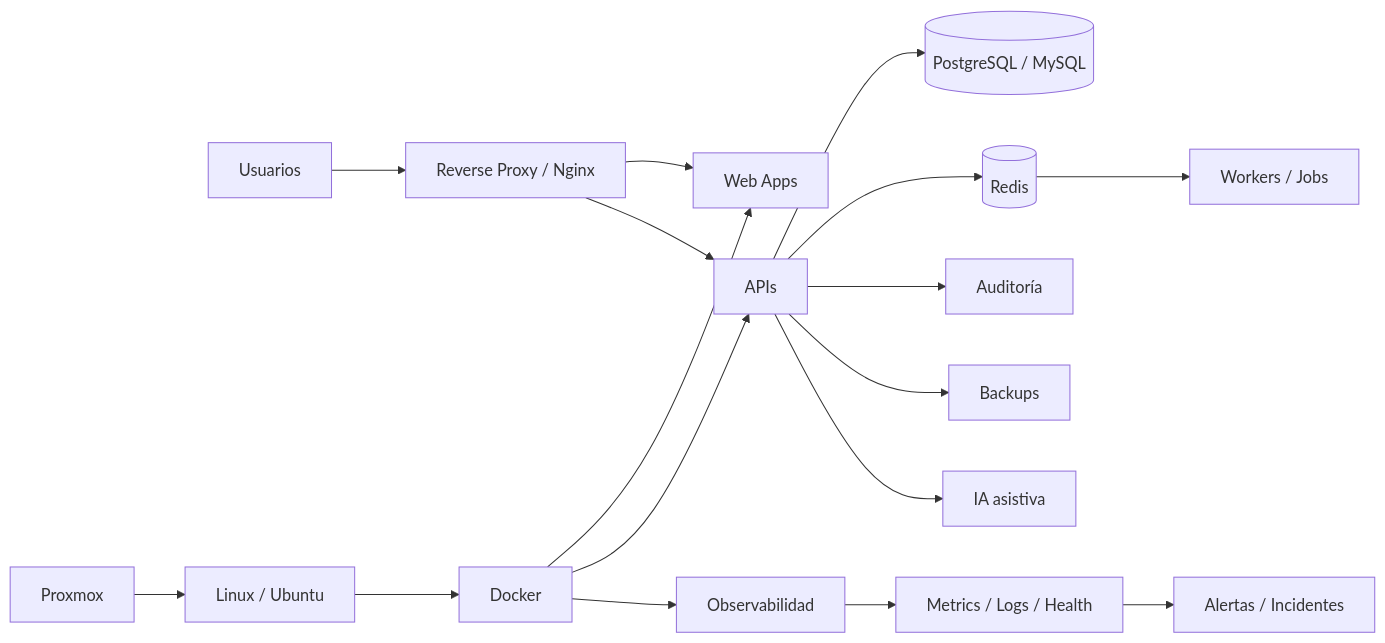
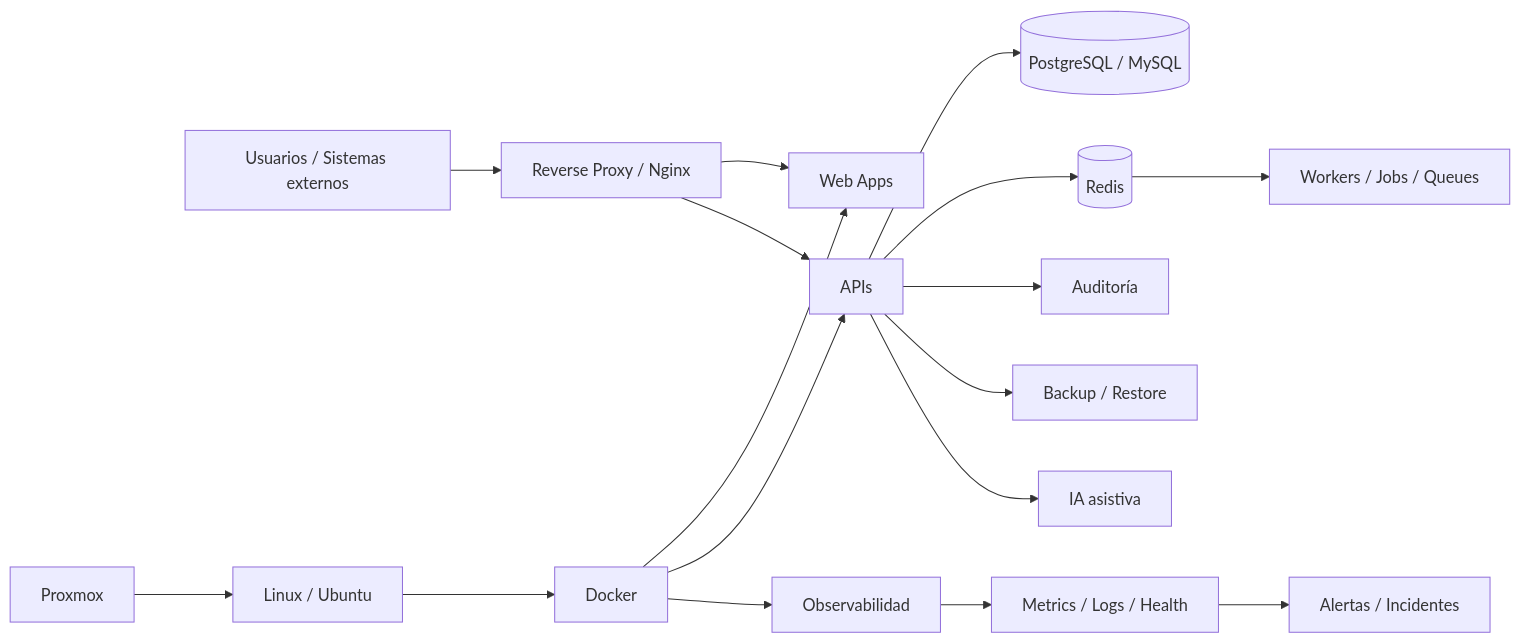
Before and after one commit to poto212/poto212: the diagram in README.md, drawn with Mermaid. The commit also changed other lines of this file, not shown here.

````diff
--- a/README.md
+++ b/README.md
@@ -251,23 +303,23 @@
 ```mermaid
 flowchart LR
-    U[Usuarios] --> RP[Reverse Proxy / Nginx]
+    U[Usuarios / Sistemas externos] --> RP[Reverse Proxy / Nginx]
     RP --> WEB[Web Apps]
     RP --> API[APIs]
 
     API --> DB[(PostgreSQL / MySQL)]
-    API --> R[(Redis)]
-    R --> W[Workers / Jobs]
+    API --> REDIS[(Redis)]
+    REDIS --> JOBS[Workers / Jobs / Queues]
 
     P[Proxmox] --> L[Linux / Ubuntu]
     L --> D[Docker]
     D --> WEB
     D --> API
     D --> OBS[Observabilidad]
 
-    OBS --> M[Metrics / Logs / Health]
-    M --> A[Alertas / Incidentes]
+    OBS --> MET[Metrics / Logs / Health]
+    MET --> ALT[Alertas / Incidentes]
 
     API --> AUD[Auditoría]
-    API --> BK[Backups]
-    API --> AI[IA asistiva]
+    API --> BK[Backup / Restore]
+    API --> IA[IA asistiva]
 ```
````
